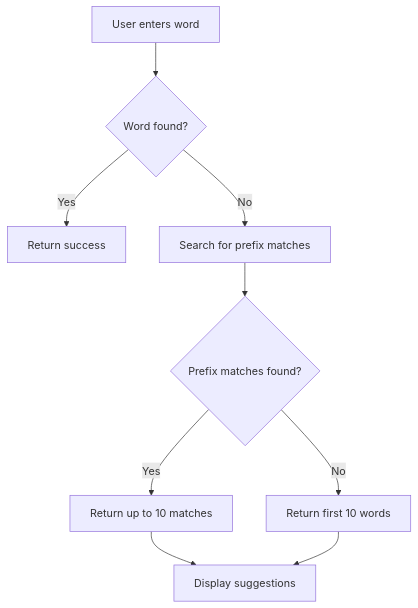
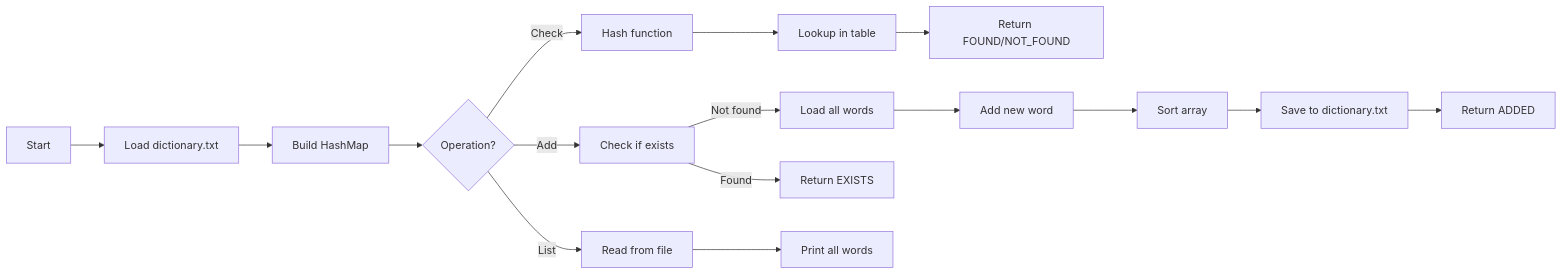
The third of 4 diagrams in README.md (Anubhavick/Dictionary-spell-checker), drawn with Mermaid before and after one commit. The commit also changed other lines of this file and 22 other files, not shown here.

````diff
--- a/README.md
+++ b/README.md
@@ -390,11 +177,22 @@
 ```mermaid
-flowchart TD
-    A[User enters word] --> B{Word found?}
-    B -->|Yes| C[Return success]
-    B -->|No| D[Search for prefix matches]
-    D --> E{Prefix matches found?}
-    E -->|Yes| F[Return up to 10 matches]
-    E -->|No| G[Return first 10 words]
-    F --> H[Display suggestions]
-    G --> H
+flowchart LR
+    A[Start] --> B[Load dictionary.txt]
+    B --> C[Build HashMap]
+    C --> D{Operation?}
+    
+    D -->|Check| E[Hash function]
+    E --> F[Lookup in table]
+    F --> G[Return FOUND/NOT_FOUND]
+    
+    D -->|Add| H[Check if exists]
+    H -->|Not found| I[Load all words]
+    I --> J[Add new word]
+    J --> K[Sort array]
+    K --> L[Save to dictionary.txt]
+    L --> M[Return ADDED]
+    
+    H -->|Found| N[Return EXISTS]
+    
+    D -->|List| O[Read from file]
+    O --> P[Print all words]
 ```
````
